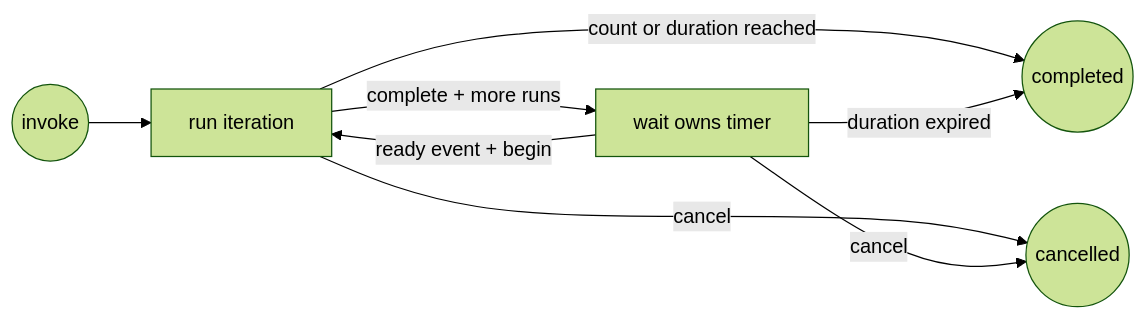
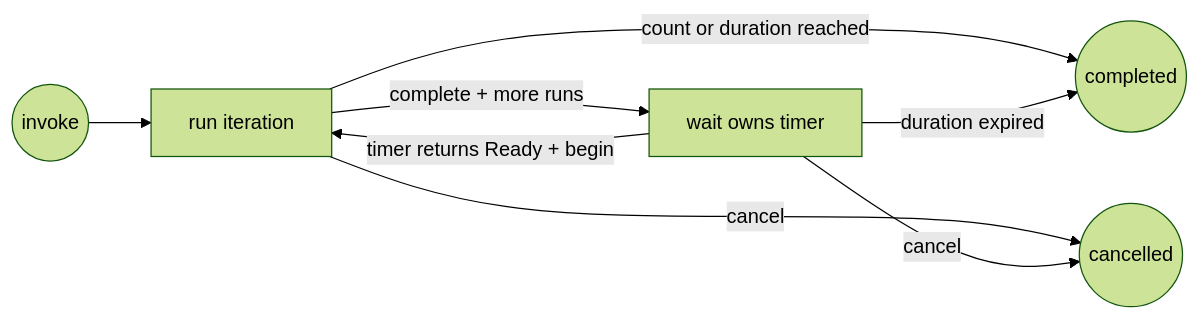
The diagram in docs/wait-loop.md (wenxueru/wait-skill), drawn with Mermaid (forest theme) before and after one commit. The commit also changed other lines of this file and 33 other files, not shown here.

````diff
--- a/docs/wait-loop.md
+++ b/docs/wait-loop.md
@@ -9,10 +9,10 @@
 ```mermaid
 flowchart LR
     start((invoke)) --> running[run iteration]
     running -->|complete + more runs| waiting[wait owns timer]
-    waiting -->|ready event + begin| running
+    waiting -->|timer returns Ready + begin| running
     running -->|count or duration reached| completed((completed))
     waiting -->|duration expired| completed
     running -->|cancel| cancelled((cancelled))
     waiting -->|cancel| cancelled
 ```
````
